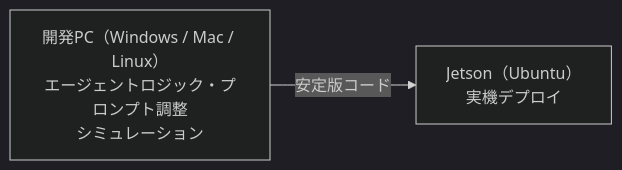
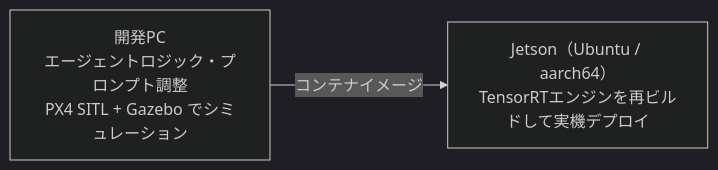
One commit to Hide369/Lang_Chain changed the second of 2 diagrams in docs/drone-local-llm-architecture.md. Above: the diagram before and after it, drawn with Mermaid (dark theme). The commit also changed other lines of this file, not shown here.

````diff
--- a/docs/drone-local-llm-architecture.md
+++ b/docs/drone-local-llm-architecture.md
@@ -57,4 +78,4 @@
 ```mermaid
 flowchart LR
-    DEV["開発PC（Windows / Mac / Linux）<br/>エージェントロジック・プロンプト調整<br/>シミュレーション"] -->|安定版コード| JET["Jetson（Ubuntu）<br/>実機デプロイ"]
+    DEV["開発PC<br/>エージェントロジック・プロンプト調整<br/>PX4 SITL + Gazebo でシミュレーション"] -->|コンテナイメージ| JET["Jetson（Ubuntu / aarch64）<br/>TensorRTエンジンを再ビルドして実機デプロイ"]
 ```
````
